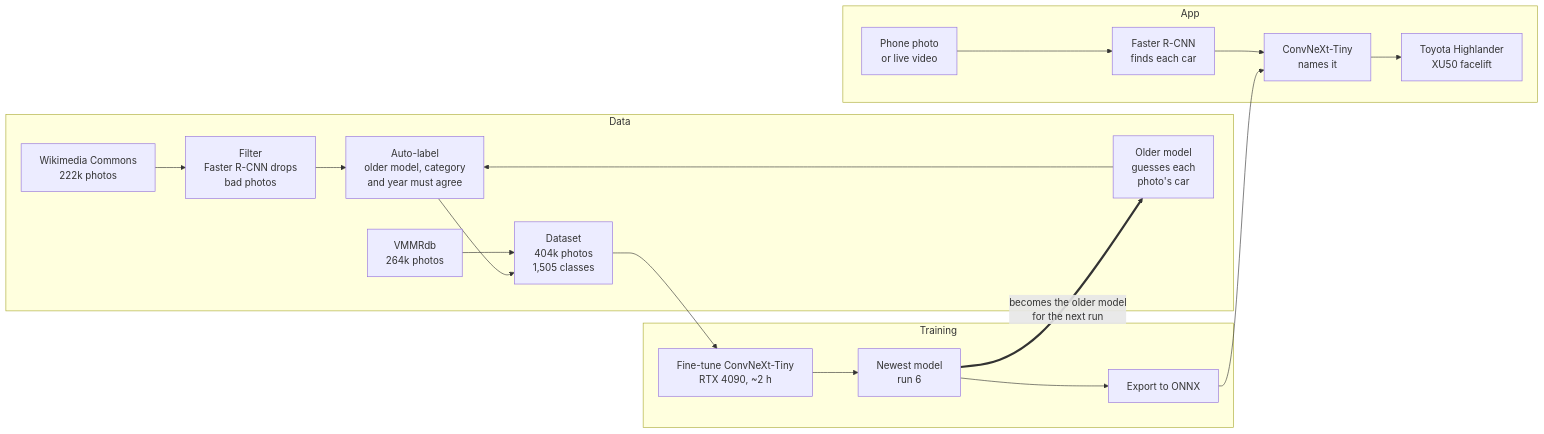
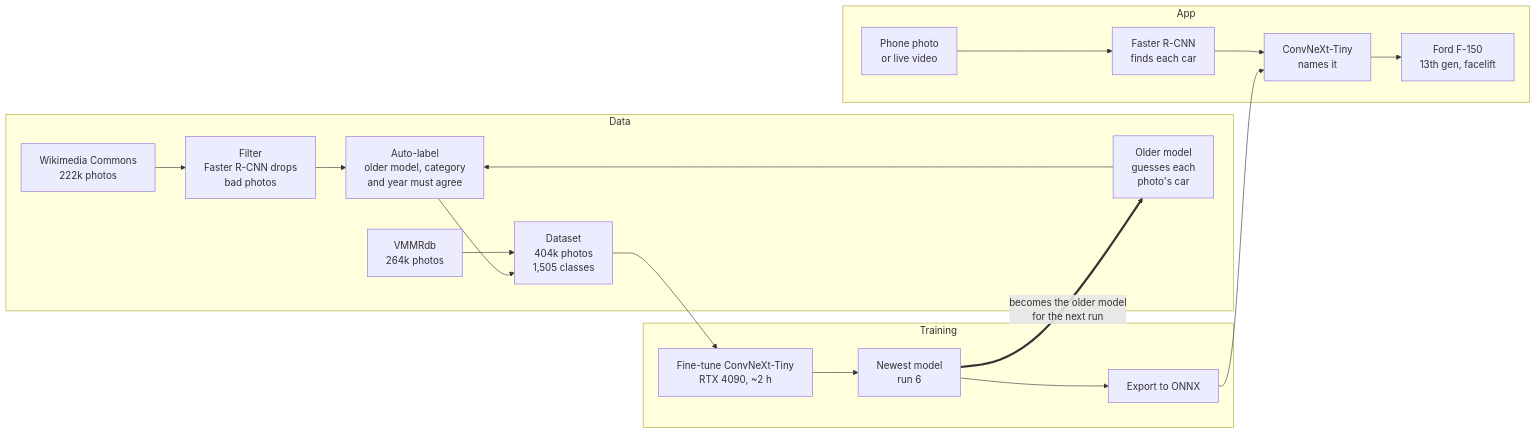
Before and after one commit to timmyd4/Vehicle_Identifier: the diagram in README.md, drawn with Mermaid.

Commit message:
README diagram: use a Ford F-150 as the example answer

````diff
--- a/README.md
+++ b/README.md
@@ -12,22 +12,22 @@
 ```mermaid
 flowchart LR
     subgraph Data
         A[Wikimedia Commons<br/>222k photos] --> B[Filter<br/>Faster R-CNN drops<br/>bad photos]
         B --> C[Auto-label<br/>older model, category<br/>and year must agree]
         O[Older model<br/>guesses each<br/>photo's car] --> C
         V[VMMRdb<br/>264k photos] --> D
         C --> D[Dataset<br/>404k photos<br/>1,505 classes]
     end
     subgraph Training
         D --> E[Fine-tune ConvNeXt-Tiny<br/>RTX 4090, ~2 h]
         E --> M[Newest model<br/>run 6]
         M --> F[Export to ONNX]
     end
     M == "becomes the older model<br/>for the next run" ==> O
     subgraph App
         P[Phone photo<br/>or live video] --> G[Faster R-CNN<br/>finds each car]
         G --> H[ConvNeXt-Tiny<br/>names it]
         F --> H
-        H --> I[Toyota Highlander<br/>XU50 facelift]
+        H --> I[Ford F-150<br/>13th gen, facelift]
     end
 ```
````
